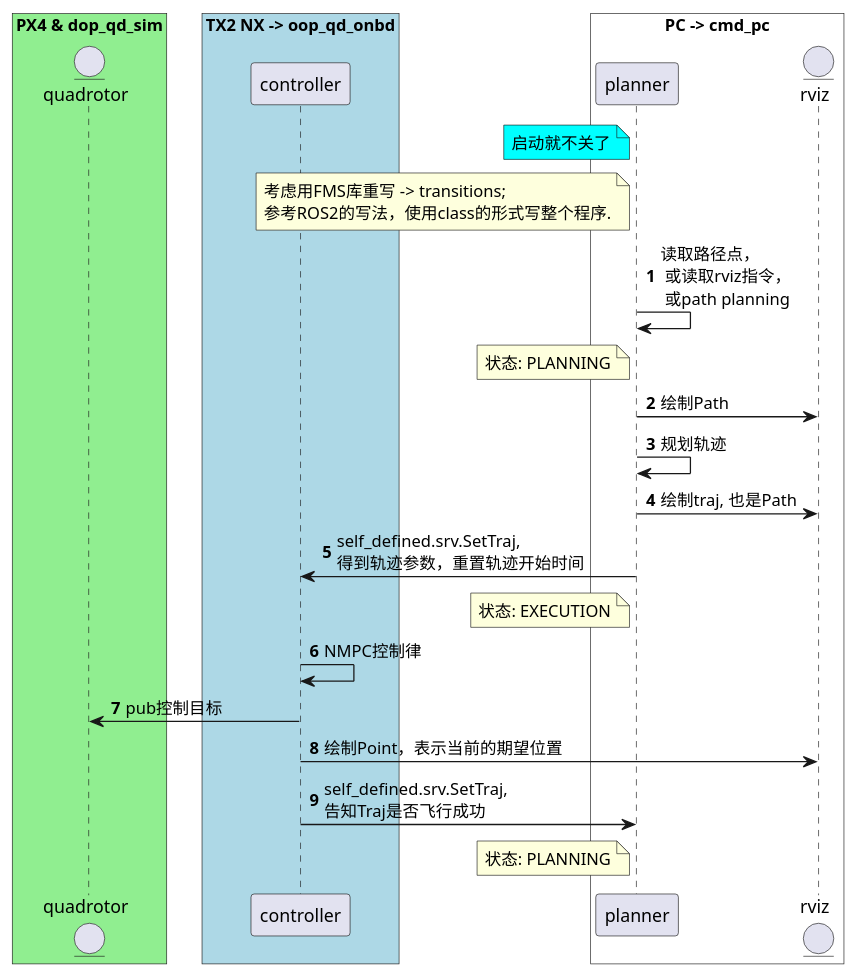
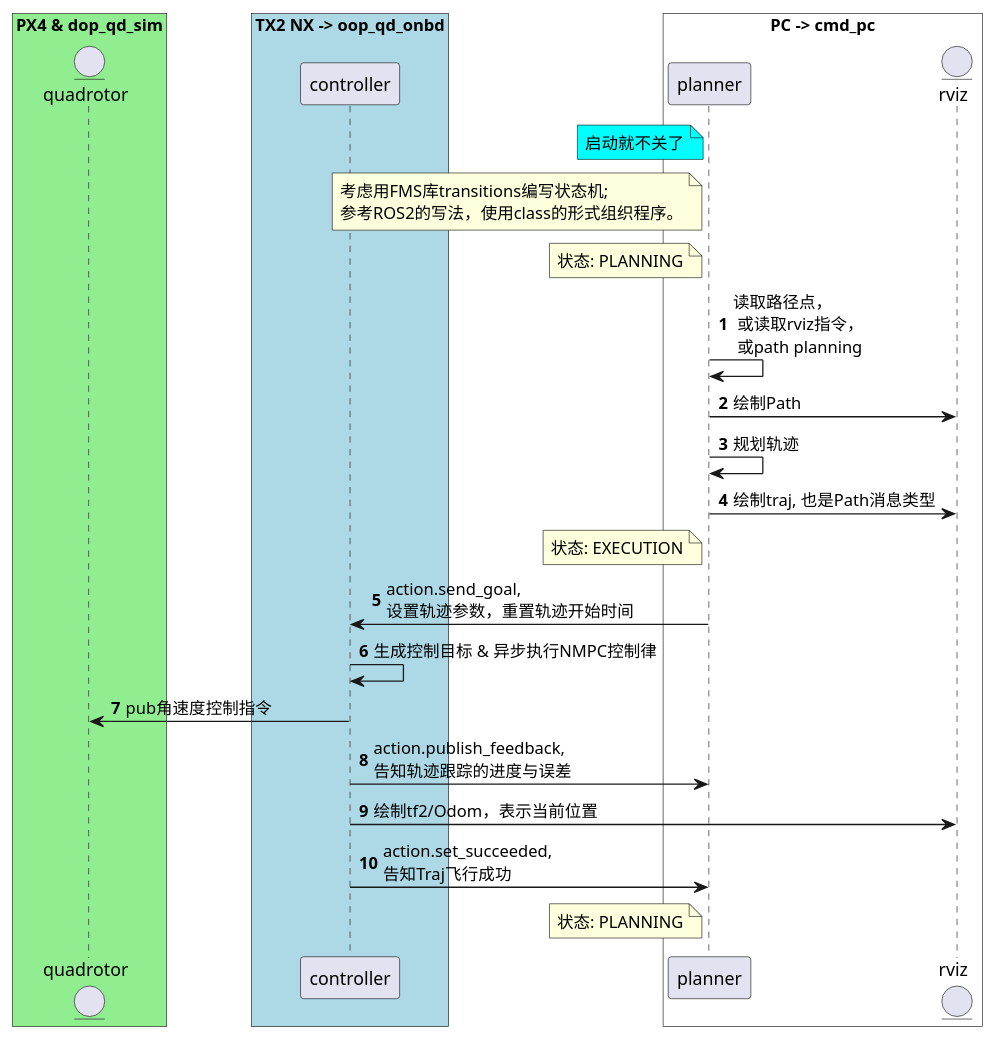
The diagram in UMLs/workflow_v2.puml (Li-Jinjie/cmd_pc), drawn with PlantUML before and after one commit.

Commit message:
update sequence diagram of the whole software system

```diff
--- a/UMLs/workflow_v2.puml
+++ b/UMLs/workflow_v2.puml
@@ -1,62 +1,65 @@
 @startuml
 'https://plantuml.com/sequence-diagram
 
 autonumber
 
 box "PX4 & dop_qd_sim" #LightGreen
 entity quadrotor
 end box
 
 box "TX2 NX -> oop_qd_onbd" #LightBLUE
 participant controller
 end box
 'note right of pt_publisher #aqua
 '需要从ROS里拿一个parameter
 '确定是选SE3还是NMPC
 'end note
 
 box "PC -> cmd_pc" #White
 participant planner
 entity rviz
 end box
 
 note left of planner #aqua
 启动就不关了
 end note
 
 note left of planner
-考虑用FMS库重写 -> transitions;
-参考ROS2的写法，使用class的形式写整个程序.
+考虑用FMS库transitions编写状态机;
+参考ROS2的写法，使用class的形式组织程序。
 end note
 
-planner -> planner: 读取路径点，\n 或读取rviz指令，\n 或path planning
 note left planner
 状态: PLANNING
 end note
+planner -> planner: 读取路径点，\n 或读取rviz指令，\n 或path planning
 planner -> rviz: 绘制Path
 'path_planner -> traj_generator: self_defined.srv.FollowPath
 
 planner -> planner: 规划轨迹
-planner -> rviz: 绘制traj, 也是Path
-planner -> controller: self_defined.srv.SetTraj, \n得到轨迹参数，重置轨迹开始时间
+planner -> rviz: 绘制traj, 也是Path消息类型
 
 note left of planner
 状态: EXECUTION
 end note
 
-controller -> controller: NMPC控制律
-controller -> quadrotor: pub控制目标
-controller -> rviz: 绘制Point，表示当前的期望位置
+planner -> controller: action.send_goal, \n设置轨迹参数，重置轨迹开始时间
 
 
-controller -> planner: self_defined.srv.SetTraj, \n告知Traj是否飞行成功
+controller -> controller: 生成控制目标 & 异步执行NMPC控制律
+controller -> quadrotor: pub角速度控制指令
+controller -> planner: action.publish_feedback, \n告知轨迹跟踪的进度与误差
+controller -> rviz: 绘制tf2/Odom，表示当前位置
+
+
+controller -> planner: action.set_succeeded, \n告知Traj飞行成功
 'planner -> planner: self_defined.srv.FollowPath, \n告知Path是否飞行成功
 
 note left of planner
 状态: PLANNING
 end note
 
 ' 状态： TAKEOFF, PLANNING, EXECUTION, LAND
 
 
 @enduml
```
